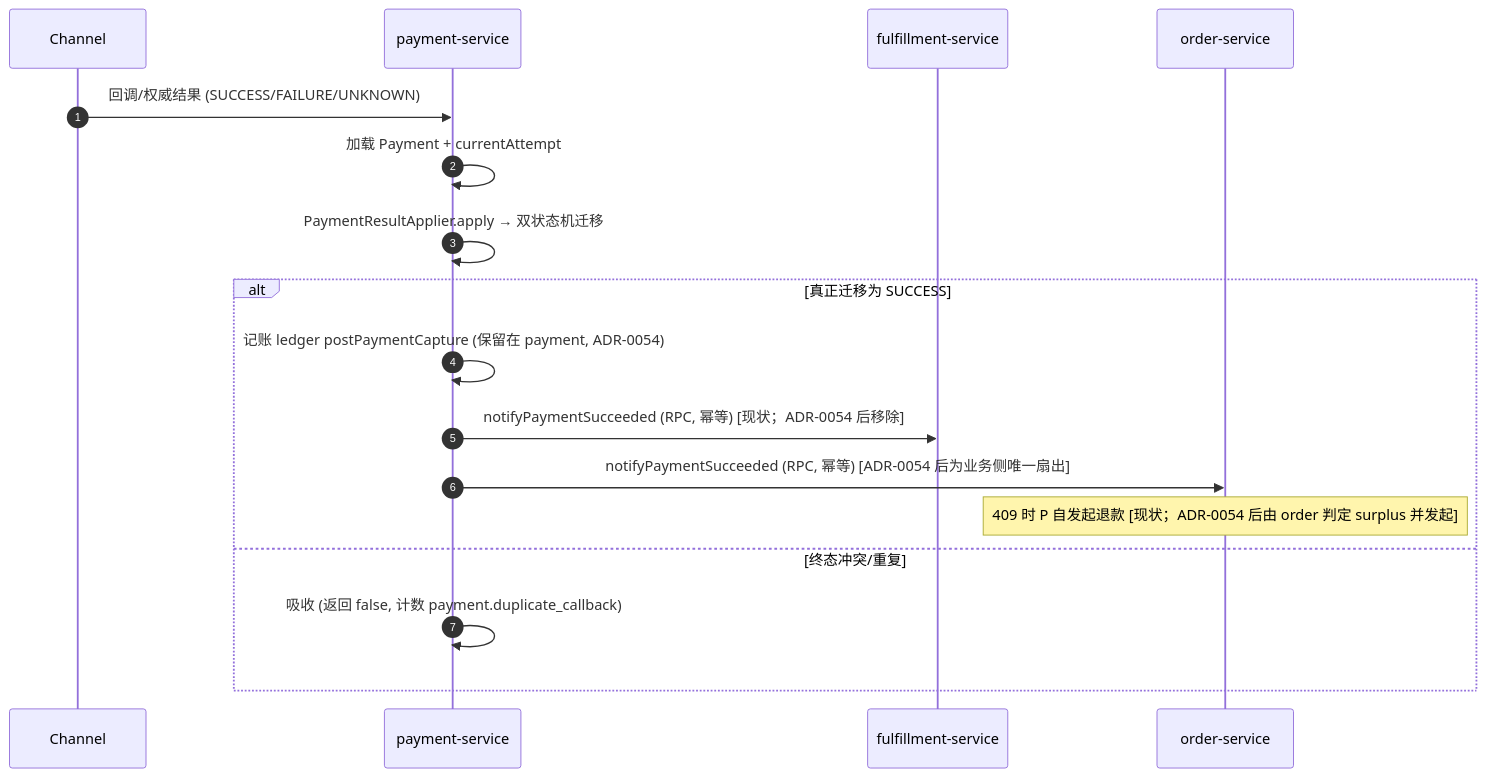
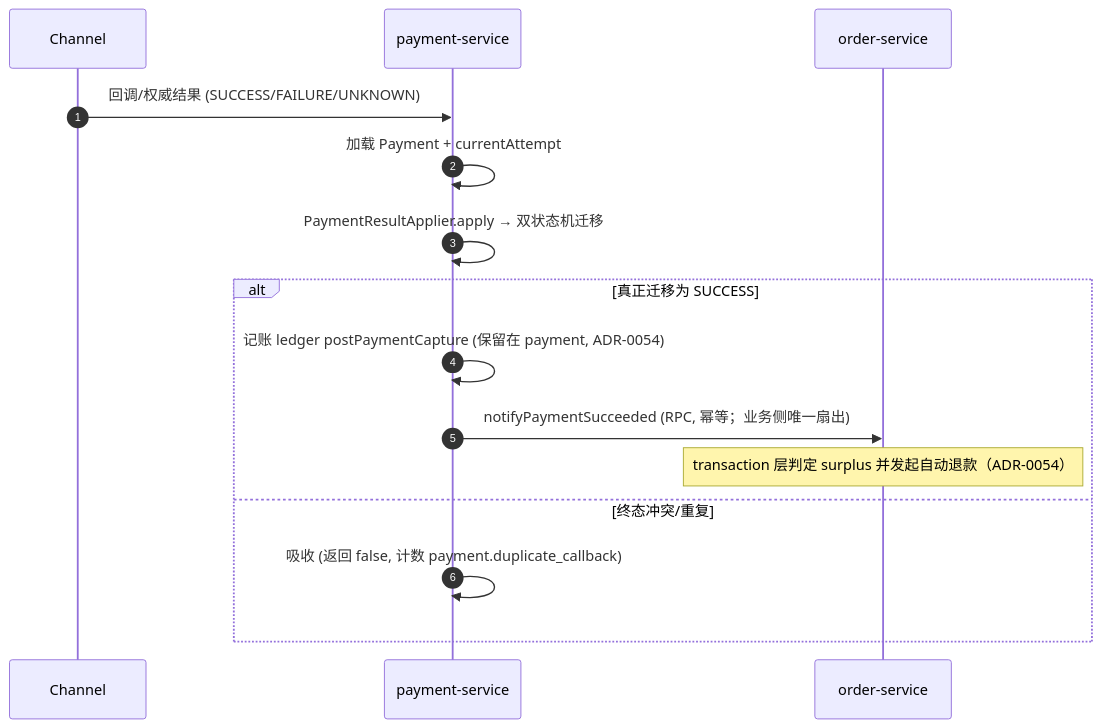
Before and after one commit to ckcky/Payment: the diagram in docs/architecture/systems/payment-service.md, drawn with Mermaid. The commit also changed other lines of this file and 2 other files, not shown here.

First line of the commit message:
docs(023): 批次 C 文档漂移修复——order/payment 系统文档对齐代码实况

````diff
--- a/docs/architecture/systems/payment-service.md
+++ b/docs/architecture/systems/payment-service.md
@@ -268,19 +269,17 @@
 ```mermaid
 sequenceDiagram
     autonumber
     participant Ch as Channel
     participant P as payment-service
-    participant F as fulfillment-service
     participant O as order-service
     Ch->>P: 回调/权威结果 (SUCCESS/FAILURE/UNKNOWN)
     P->>P: 加载 Payment + currentAttempt
     P->>P: PaymentResultApplier.apply → 双状态机迁移
     alt 真正迁移为 SUCCESS
         P->>P: 记账 ledger postPaymentCapture (保留在 payment, ADR-0054)
-        P->>F: notifyPaymentSucceeded (RPC, 幂等) [现状；ADR-0054 后移除]
-        P->>O: notifyPaymentSucceeded (RPC, 幂等) [ADR-0054 后为业务侧唯一扇出]
-        Note over O: 409 时 P 自发起退款 [现状；ADR-0054 后由 order 判定 surplus 并发起]
+        P->>O: notifyPaymentSucceeded (RPC, 幂等；业务侧唯一扇出)
+        Note over O: transaction 层判定 surplus 并发起自动退款（ADR-0054）
     else 终态冲突/重复
         P->>P: 吸收 (返回 false, 计数 payment.duplicate_callback)
     end
 ```
````
